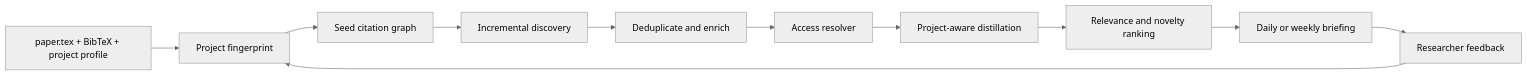
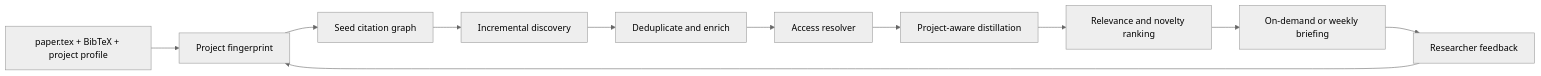
One commit to LIMYOYO/research-radar changed the diagram in README.md. Above: the diagram before and after it, drawn with Mermaid (neutral theme). The commit also changed other lines of this file and 9 other files, not shown here.

````diff
--- a/README.md
+++ b/README.md
@@ -94,13 +94,13 @@
 ```mermaid
 flowchart LR
     A[paper.tex + BibTeX + project profile] --> B[Project fingerprint]
     B --> C[Seed citation graph]
     C --> D[Incremental discovery]
     D --> E[Deduplicate and enrich]
     E --> F[Access resolver]
     F --> G[Project-aware distillation]
     G --> H[Relevance and novelty ranking]
-    H --> I[Daily or weekly briefing]
+    H --> I[On-demand or weekly briefing]
     I --> J[Researcher feedback]
     J --> B
 ```
````
